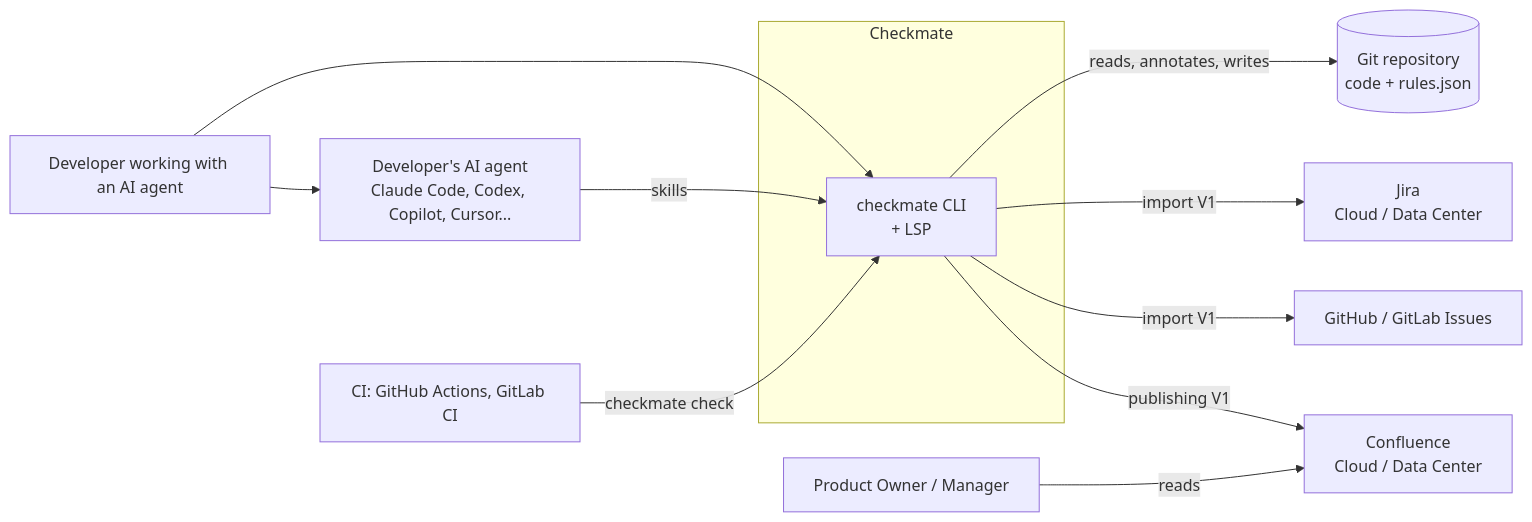
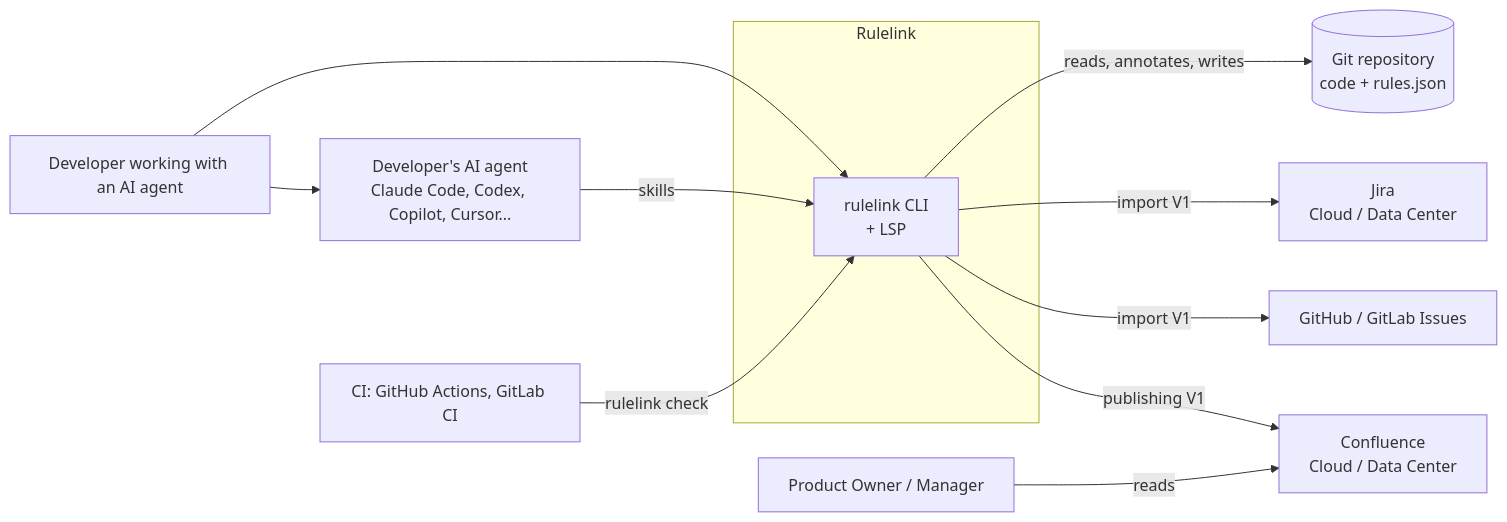
Before and after one commit to E-Jacques/Rulelink: the first of 7 diagrams in docs/architecture/00-global-architecture.md, drawn with Mermaid. The commit also changed other lines of this file and 126 other files, not shown here.

First line of the commit message:
chore: rename the project from Checkmate to Rulelink (#6)

````diff
--- a/docs/architecture/00-global-architecture.md
+++ b/docs/architecture/00-global-architecture.md
@@ -82,26 +82,26 @@
 ```mermaid
 flowchart LR
     dev["Developer working with an AI agent"]
     po["Product Owner / Manager"]
     agent["Developer's AI agent<br/>Claude Code, Codex, Copilot, Cursor..."]
     ci["CI: GitHub Actions, GitLab CI"]
 
-    subgraph CM["Checkmate"]
-        cli["checkmate CLI<br/>+ LSP"]
+    subgraph CM["Rulelink"]
+        cli["rulelink CLI<br/>+ LSP"]
     end
 
     repo[("Git repository<br/>code + rules.json")]
     jira["Jira<br/>Cloud / Data Center"]
     conf["Confluence<br/>Cloud / Data Center"]
     issues["GitHub / GitLab Issues"]
 
     dev --> cli
     dev --> agent
     agent -->|"skills"| cli
-    ci -->|"checkmate check"| cli
+    ci -->|"rulelink check"| cli
     cli -->|"reads, annotates, writes"| repo
     cli -->|"import V1"| jira
     cli -->|"import V1"| issues
     cli -->|"publishing V1"| conf
     po -->|"reads"| conf
 ```
````
